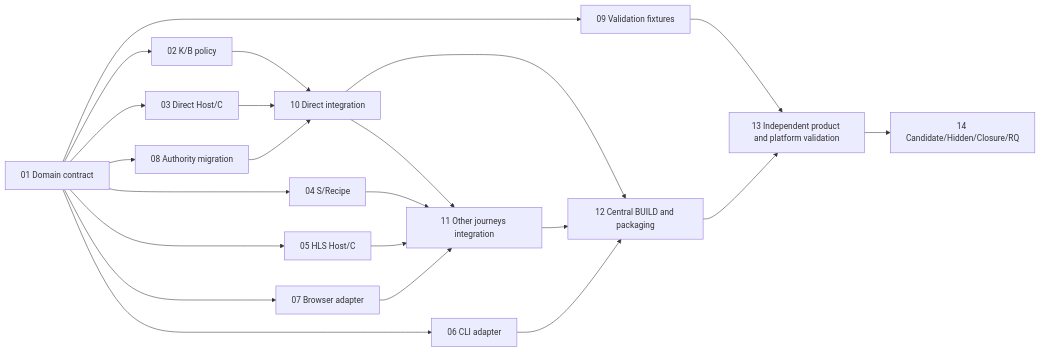
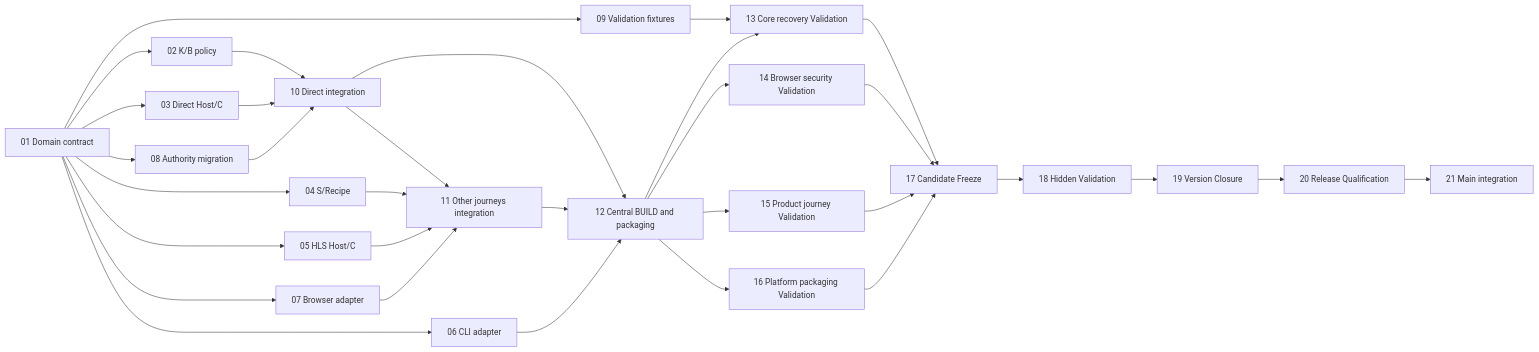
The diagram in docs/implementation/v0.2.0/TASK_DAG_R0.md (kaicreator-mm/xDownload), drawn with Mermaid before and after one commit. The commit also changed other lines of this file, not shown here.

Commit message:
docs(v0.2): separate four parallel Validators and five ADS release authorities in Task DAG (#188)

````diff
--- a/docs/implementation/v0.2.0/TASK_DAG_R0.md
+++ b/docs/implementation/v0.2.0/TASK_DAG_R0.md
@@ -22,24 +22,34 @@
 ```mermaid
 flowchart LR
   T01[01 Domain contract] --> T02[02 K/B policy]
   T01 --> T03[03 Direct Host/C]
   T01 --> T04[04 S/Recipe]
   T01 --> T05[05 HLS Host/C]
   T01 --> T06[06 CLI adapter]
   T01 --> T07[07 Browser adapter]
   T01 --> T08[08 Authority migration]
   T01 --> T09[09 Validation fixtures]
   T02 --> T10[10 Direct integration]
   T03 --> T10
   T08 --> T10
   T10 --> T11[11 Other journeys integration]
   T04 --> T11
   T05 --> T11
   T07 --> T11
   T10 --> T12[12 Central BUILD and packaging]
   T11 --> T12
   T06 --> T12
-  T09 --> T13[13 Independent product and platform validation]
+  T09 --> T13[13 Core recovery Validation]
   T12 --> T13
-  T13 --> T14[14 Candidate/Hidden/Closure/RQ]
+  T12 --> T14[14 Browser security Validation]
+  T12 --> T15[15 Product journey Validation]
+  T12 --> T16[16 Platform packaging Validation]
+  T13 --> T17[17 Candidate Freeze]
+  T14 --> T17
+  T15 --> T17
+  T16 --> T17
+  T17 --> T18[18 Hidden Validation]
+  T18 --> T19[19 Version Closure]
+  T19 --> T20[20 Release Qualification]
+  T20 --> T21[21 Main integration]
 ```
````
